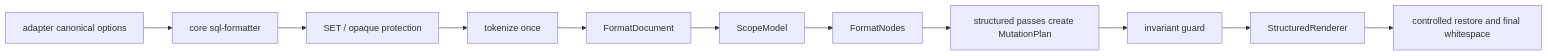
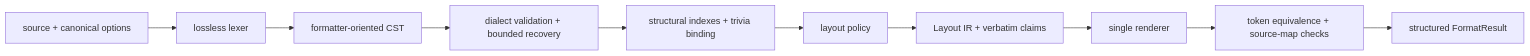
Before and after one commit to IrvingYing224/sql-beautify: the diagram in docs/technical/sql-formatter-architecture.md, drawn with Mermaid. The commit also changed other lines of this file and 64 other files, not shown here.

````diff
--- a/docs/technical/sql-formatter-architecture.md
+++ b/docs/technical/sql-formatter-architecture.md
@@ -21,13 +21,12 @@
 ```mermaid
 flowchart LR
-    A["adapter canonical options"] --> B["core sql-formatter"]
-    B --> C["SET / opaque protection"]
-    C --> D["tokenize once"]
-    D --> E["FormatDocument"]
-    E --> F["ScopeModel"]
-    F --> G["FormatNodes"]
-    G --> H["structured passes create MutationPlan"]
-    H --> I["invariant guard"]
-    I --> J["StructuredRenderer"]
-    J --> K["controlled restore and final whitespace"]
+    A["source + canonical options"] --> B["lossless lexer"]
+    B --> C["formatter-oriented CST"]
+    C --> D["dialect validation + bounded recovery"]
+    D --> E["structural indexes + trivia binding"]
+    E --> F["layout policy"]
+    F --> G["Layout IR + verbatim claims"]
+    G --> H["single renderer"]
+    H --> I["token equivalence + source-map checks"]
+    I --> J["structured FormatResult"]
 ```
````
